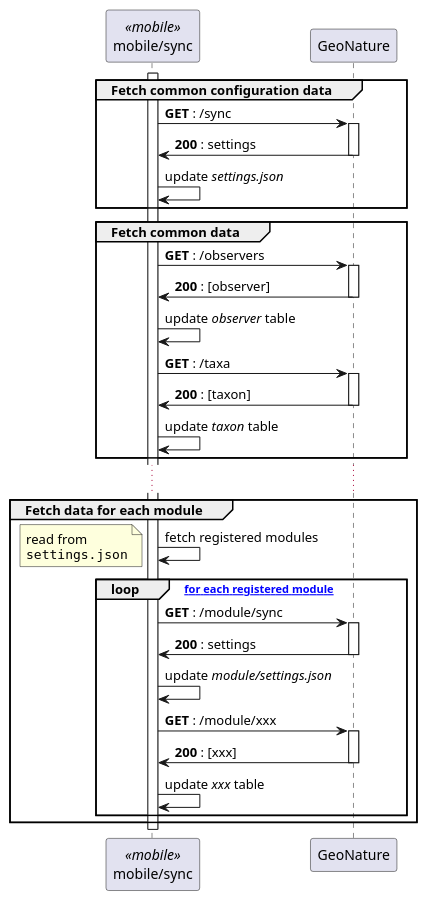
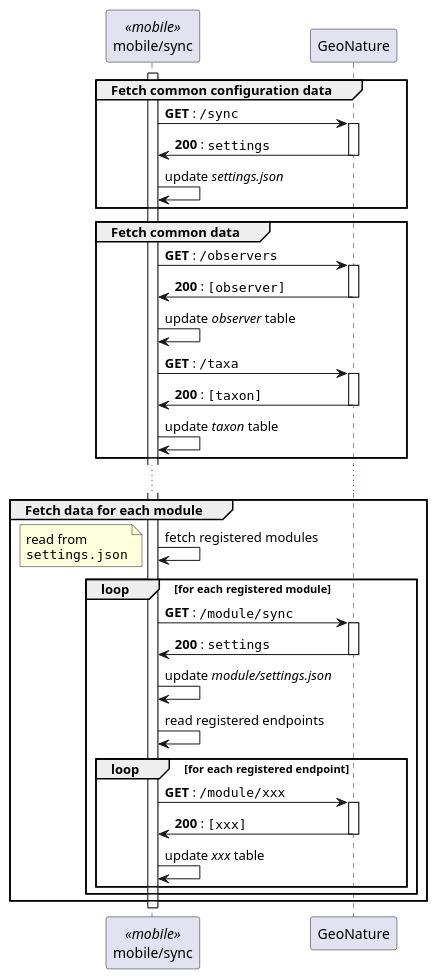
The first of 2 diagrams in docs/sync.adoc (PnX-SI/gn_mobile_core), drawn with PlantUML before and after one commit. The commit also changed other lines of this file, not shown here.

```diff
--- a/docs/sync.adoc
+++ b/docs/sync.adoc
@@ -3,42 +5,47 @@
-[plantuml, images/sync, svg]
+[plantuml, images/sync_data, svg]
 ....
 participant "mobile/sync" as sync << mobile >>
 participant "GeoNature" as gn
 
 activate sync
 
 group Fetch common configuration data
-  sync -> gn ++ : **GET** : /sync
-  gn -> sync -- : **200** : settings
+  sync -> gn ++ : **GET** : ""/sync""
+  gn -> sync -- : **200** : ""settings""
   sync -> sync : update //settings.json//
 end
 
 group Fetch common data
-  sync -> gn ++ : **GET** : /observers
-  gn -> sync -- : **200** : [observer]
+  sync -> gn ++ : **GET** : ""/observers""
+  gn -> sync -- : **200** : ""[observer]""
   sync -> sync : update //observer// table
-  sync -> gn ++ : **GET** : /taxa
-  gn -> sync -- : **200** : [taxon]
+  sync -> gn ++ : **GET** : ""/taxa""
+  gn -> sync -- : **200** : ""[taxon]""
   sync -> sync : update //taxon// table
 end
 
 ...
 
 group Fetch data for each module
+
   sync -> sync: fetch registered modules
   note left : read from\n""settings.json""
 
-  loop ["for each registered module"]
-    sync -> gn ++ : **GET** : /module/sync
-    gn -> sync -- : **200** : settings
+  loop for each registered module
+    sync -> gn ++ : **GET** : ""/module/sync""
+    gn -> sync -- : **200** : ""settings""
     sync -> sync : update //module/settings.json//
-    sync -> gn ++ : **GET** : /module/xxx
-    gn -> sync -- : **200** : [xxx]
-    sync -> sync : update //xxx// table
+    sync -> sync : read registered endpoints
+
+    loop for each registered endpoint
+      sync -> gn ++ : **GET** : ""/module/xxx""
+      gn -> sync -- : **200** : ""[xxx]""
+      sync -> sync : update //xxx// table
+    end
+
   end
 
 end
 
 deactivate sync
-
 ....
```
